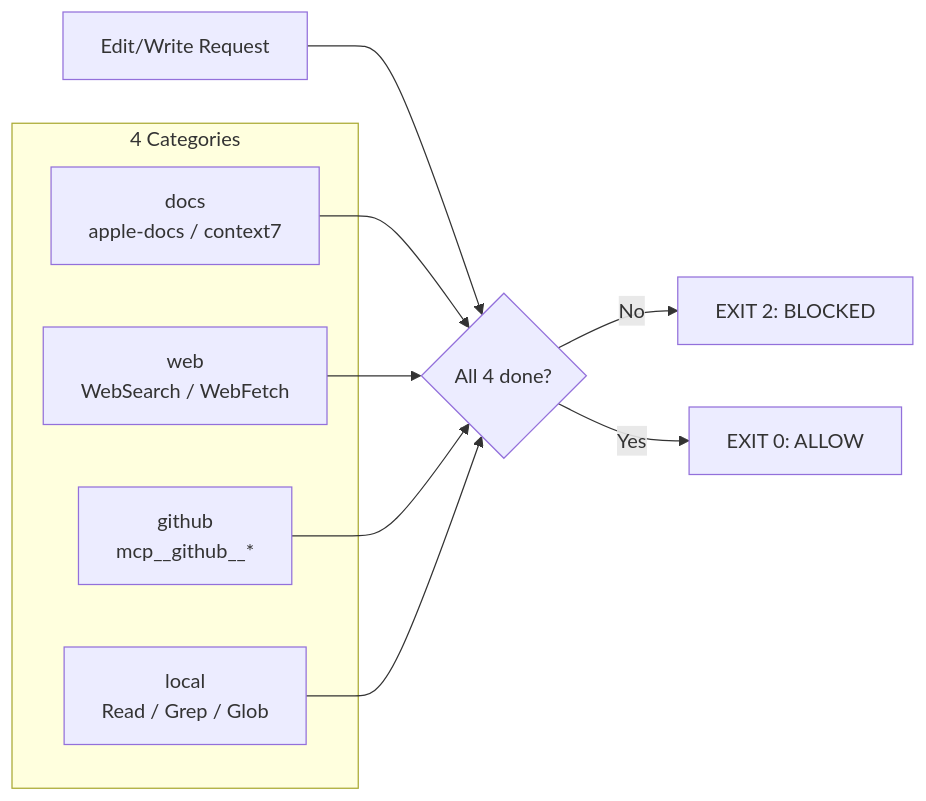
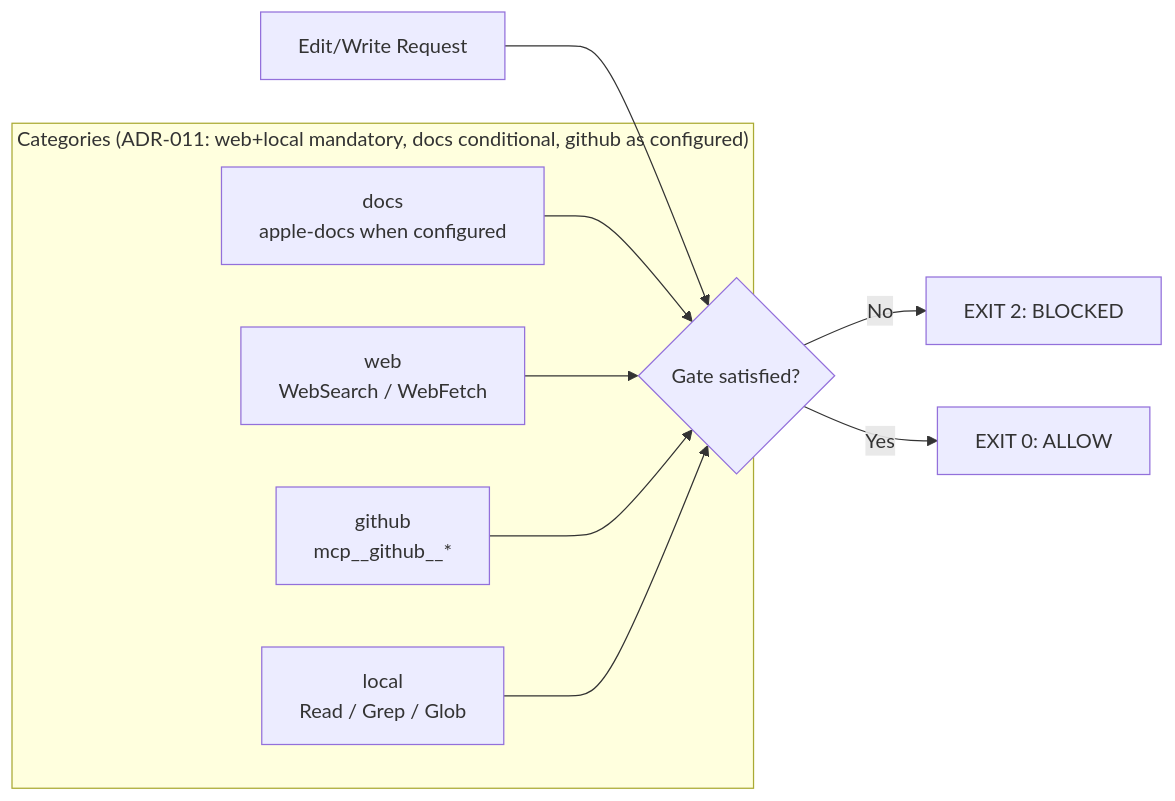
Before and after one commit to sane-apps/SaneProcess: the fourth of 7 diagrams in ARCHITECTURE.md, drawn with Mermaid. The commit also changed other lines of this file and 10 other files, not shown here.

````diff
--- a/ARCHITECTURE.md
+++ b/ARCHITECTURE.md
@@ -157,19 +157,19 @@
 ```mermaid
 flowchart LR
-    EDIT[Edit/Write Request] --> GATE{All 4 done?}
+    EDIT[Edit/Write Request] --> GATE{Gate satisfied?}
 
     GATE -->|No| BLOCKED[EXIT 2: BLOCKED]
     GATE -->|Yes| ALLOWED[EXIT 0: ALLOW]
 
-    subgraph "4 Categories"
-        DOC[docs<br/>apple-docs / context7]
+    subgraph "Categories (ADR-011: web+local mandatory, docs conditional, github as configured)"
+        DOC[docs<br/>apple-docs when configured]
         WEB[web<br/>WebSearch / WebFetch]
         GH[github<br/>mcp__github__*]
         LOC[local<br/>Read / Grep / Glob]
     end
 
     DOC --> GATE
     WEB --> GATE
     GH --> GATE
     LOC --> GATE
 ```
````
